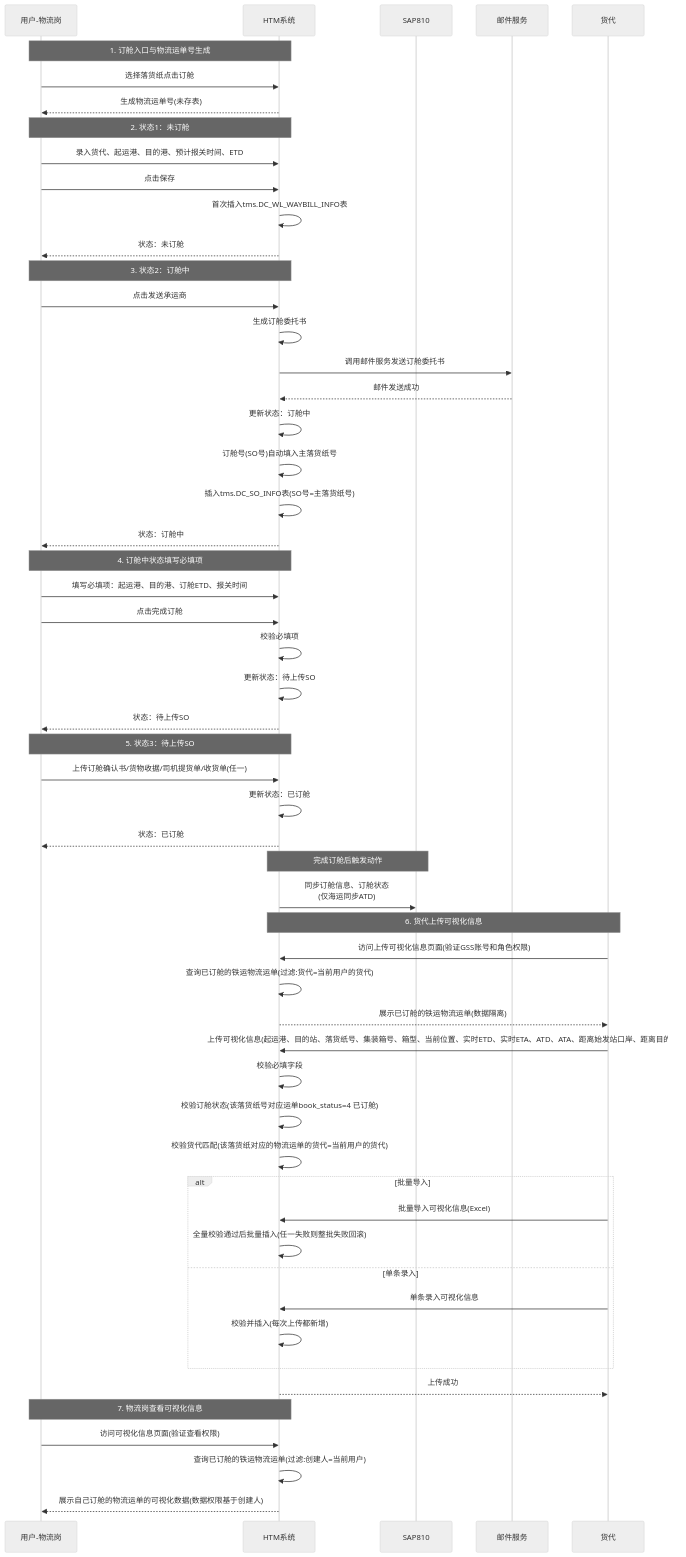
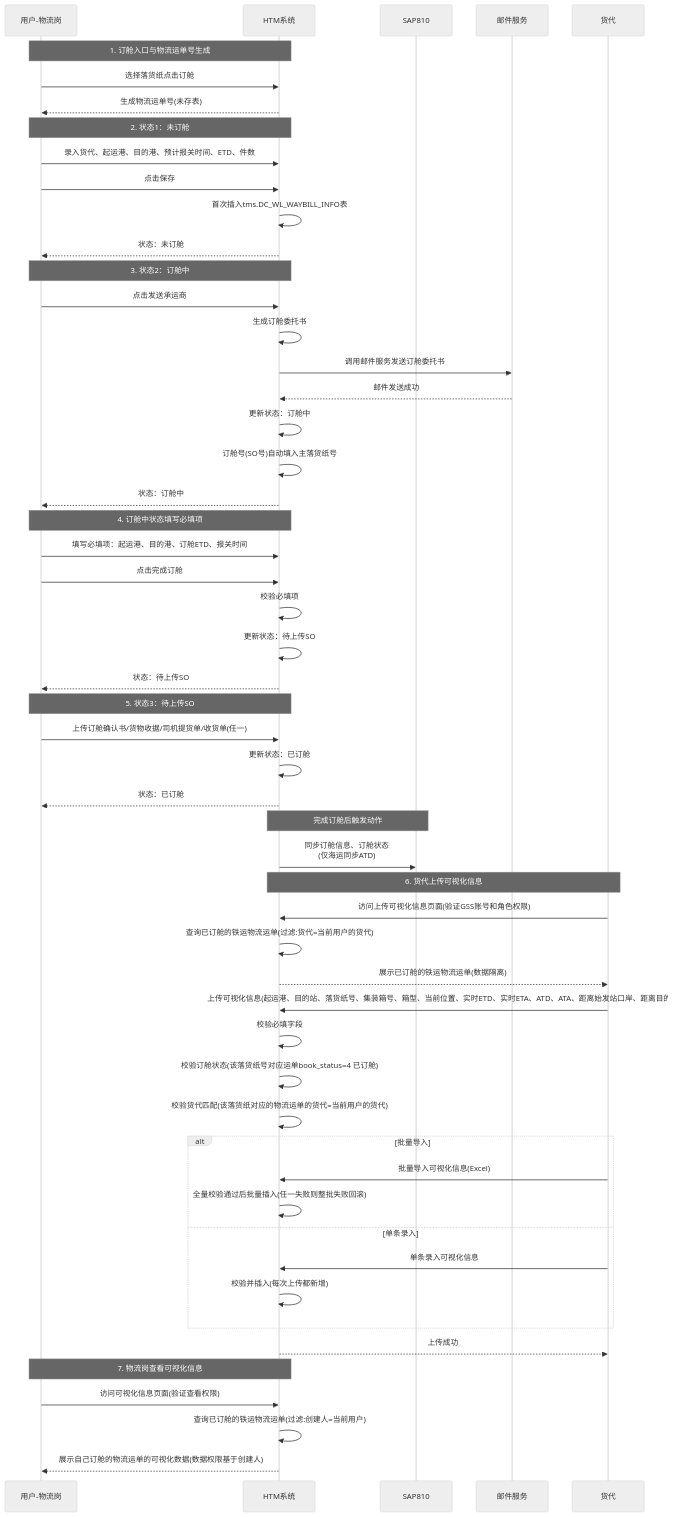
Before and after one commit to bdgoodbr/xuyou: the second of 6 diagrams in Desktop/HTM/中远海/00-HTM功能汇总/02-订舱管理-铁运订舱管理.md, drawn with Mermaid (neutral theme). The commit also changed other lines of this file and 1 other file, not shown here.

````diff
--- a/Desktop/HTM/中远海/00-HTM功能汇总/02-订舱管理-铁运订舱管理.md
+++ b/Desktop/HTM/中远海/00-HTM功能汇总/02-订舱管理-铁运订舱管理.md
@@ -1429,65 +2076,64 @@
 ```mermaid
 sequenceDiagram
     participant U as 用户-物流岗
     participant HTM as HTM系统
     participant SAP as SAP810
     participant Mail as 邮件服务
     participant Carrier as 货代
 
     Note over U,HTM: 1. 订舱入口与物流运单号生成
     U->>HTM: 选择落货纸点击订舱
     HTM-->>U: 生成物流运单号(未存表)
     
     Note over U,HTM: 2. 状态1：未订舱
-    U->>HTM: 录入货代、起运港、目的港、预计报关时间、ETD
+    U->>HTM: 录入货代、起运港、目的港、预计报关时间、ETD、件数
     U->>HTM: 点击保存
     HTM->>HTM: 首次插入tms.DC_WL_WAYBILL_INFO表
     HTM-->>U: 状态：未订舱
     
     Note over U,HTM: 3. 状态2：订舱中
     U->>HTM: 点击发送承运商
     HTM->>HTM: 生成订舱委托书
     HTM->>Mail: 调用邮件服务发送订舱委托书
     Mail-->>HTM: 邮件发送成功
     HTM->>HTM: 更新状态：订舱中
     HTM->>HTM: 订舱号(SO号)自动填入主落货纸号
-    HTM->>HTM: 插入tms.DC_SO_INFO表(SO号=主落货纸号)
     HTM-->>U: 状态：订舱中
     
     Note over U,HTM: 4. 订舱中状态填写必填项
     U->>HTM: 填写必填项：起运港、目的港、订舱ETD、报关时间
     U->>HTM: 点击完成订舱
     HTM->>HTM: 校验必填项
     HTM->>HTM: 更新状态：待上传SO
     HTM-->>U: 状态：待上传SO
     
     Note over U,HTM: 5. 状态3：待上传SO
     U->>HTM: 上传订舱确认书/货物收据/司机提货单/收货单(任一)
     HTM->>HTM: 更新状态：已订舱
     HTM-->>U: 状态：已订舱
     
     Note over HTM,SAP: 完成订舱后触发动作
     HTM->>SAP: 同步订舱信息、订舱状态<br/>(仅海运同步ATD)
     
     Note over Carrier,HTM: 6. 货代上传可视化信息
     Carrier->>HTM: 访问上传可视化信息页面(验证GSS账号和角色权限)
     HTM->>HTM: 查询已订舱的铁运物流运单(过滤:货代=当前用户的货代)
     HTM-->>Carrier: 展示已订舱的铁运物流运单(数据隔离)
     Carrier->>HTM: 上传可视化信息(起运港、目的站、落货纸号、集装箱号、箱型、当前位置、实时ETD、实时ETA、ATD、ATA、距离始发站口岸、距离目的地)
     HTM->>HTM: 校验必填字段
     HTM->>HTM: 校验订舱状态(该落货纸号对应运单book_status=4 已订舱)
     HTM->>HTM: 校验货代匹配(该落货纸对应的物流运单的货代=当前用户的货代)
         alt 批量导入
             Carrier->>HTM: 批量导入可视化信息(Excel)
             HTM->>HTM: 全量校验通过后批量插入(任一失败则整批失败回滚)
     else 单条录入
         Carrier->>HTM: 单条录入可视化信息
         HTM->>HTM: 校验并插入(每次上传都新增)
     end
     HTM-->>Carrier: 上传成功
     
     Note over U,HTM: 7. 物流岗查看可视化信息
     U->>HTM: 访问可视化信息页面(验证查看权限)
     HTM->>HTM: 查询已订舱的铁运物流运单(过滤:创建人=当前用户)
     HTM-->>U: 展示自己订舱的物流运单的可视化数据(数据权限基于创建人)
 ```
````
